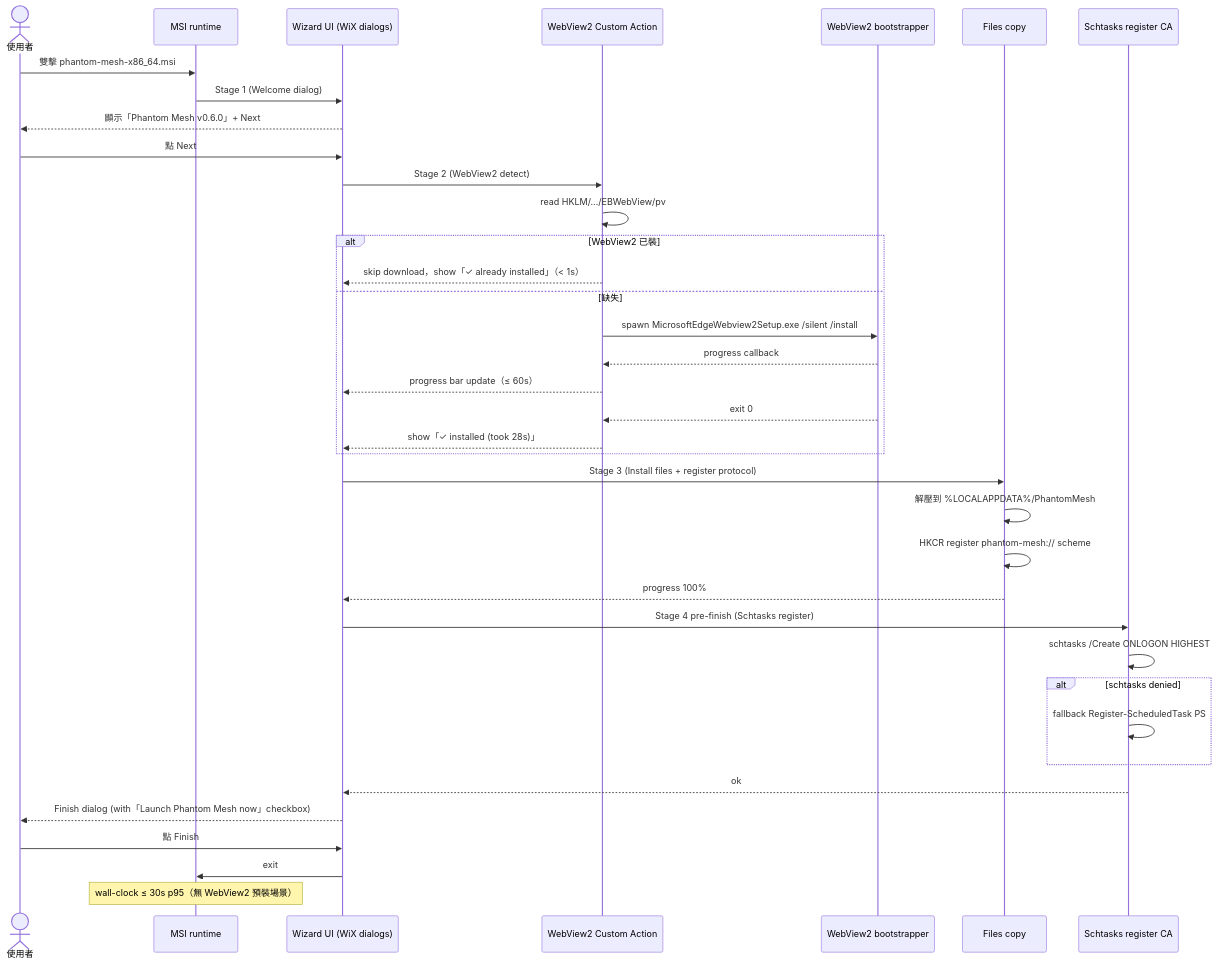
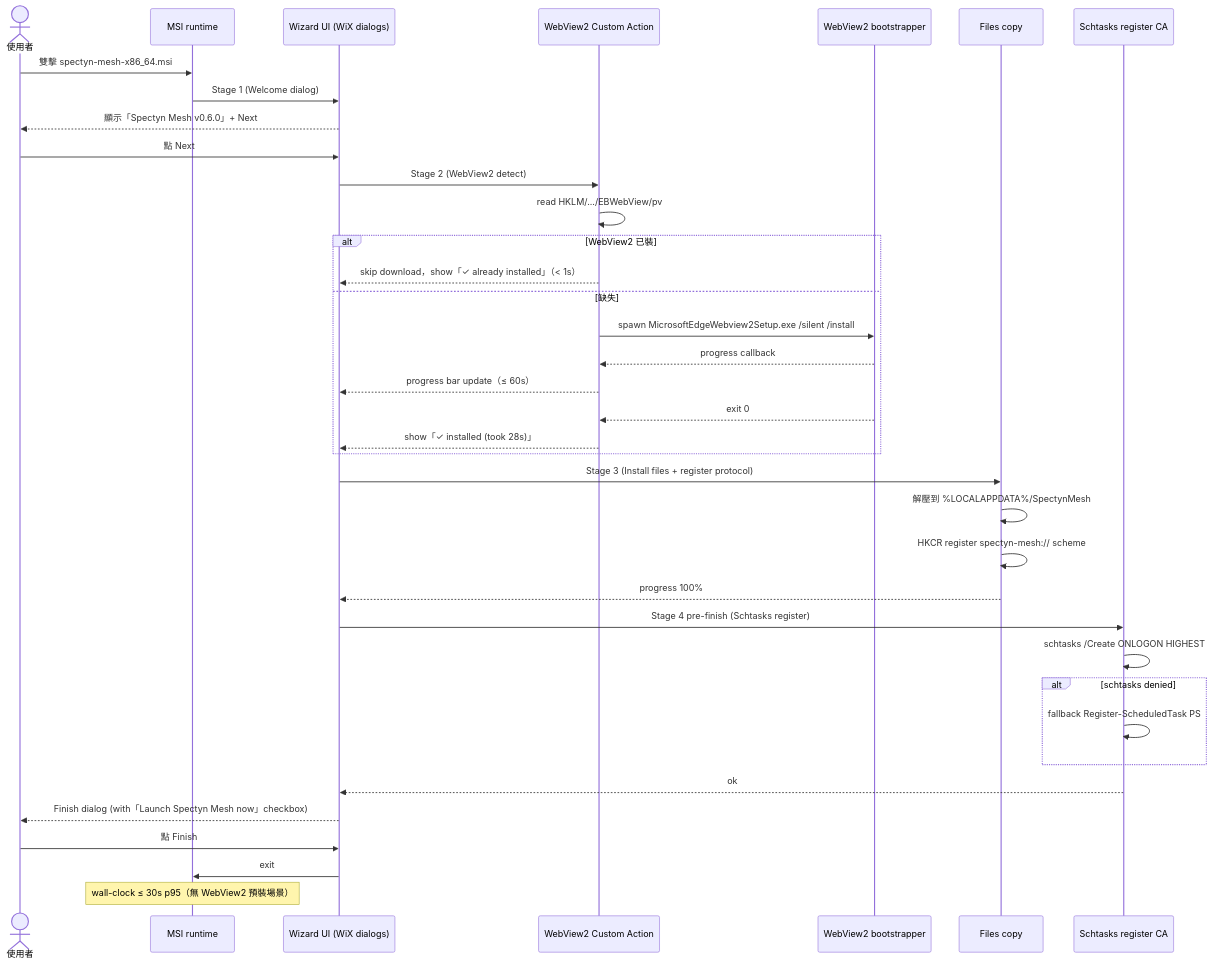
One commit to markl-a/phantom-mesh changed the fourth of 7 diagrams in docs/spec/history/2026-05-30/deferred/SPEC-43-PLATFORM-Windows-screens-flows.md. Above: the diagram before and after it, drawn with Mermaid. The commit also changed other lines of this file and 1245 other files, not shown here.

First line of the commit message:
rename: phantom -> spectyn across the public tree

````diff
--- a/docs/spec/history/2026-05-30/deferred/SPEC-43-PLATFORM-Windows-screens-flows.md
+++ b/docs/spec/history/2026-05-30/deferred/SPEC-43-PLATFORM-Windows-screens-flows.md
@@ -329,40 +329,40 @@
 ```mermaid
 sequenceDiagram
     actor User as 使用者
     participant MSI as MSI runtime
     participant Wiz as Wizard UI (WiX dialogs)
     participant WV2Check as WebView2 Custom Action
     participant WV2BS as WebView2 bootstrapper
     participant FilesCA as Files copy
     participant TaskCA as Schtasks register CA
 
-    User->>MSI: 雙擊 phantom-mesh-x86_64.msi
+    User->>MSI: 雙擊 spectyn-mesh-x86_64.msi
     MSI->>Wiz: Stage 1 (Welcome dialog)
-    Wiz-->>User: 顯示「Phantom Mesh v0.6.0」+ Next
+    Wiz-->>User: 顯示「Spectyn Mesh v0.6.0」+ Next
     User->>Wiz: 點 Next
     Wiz->>WV2Check: Stage 2 (WebView2 detect)
     WV2Check->>WV2Check: read HKLM/.../EBWebView/pv
     alt WebView2 已裝
         WV2Check-->>Wiz: skip download，show「✓ already installed」（< 1s）
     else 缺失
         WV2Check->>WV2BS: spawn MicrosoftEdgeWebview2Setup.exe /silent /install
         WV2BS-->>WV2Check: progress callback
         WV2Check-->>Wiz: progress bar update（≤ 60s）
         WV2BS-->>WV2Check: exit 0
         WV2Check-->>Wiz: show「✓ installed (took 28s)」
     end
     Wiz->>FilesCA: Stage 3 (Install files + register protocol)
-    FilesCA->>FilesCA: 解壓到 %LOCALAPPDATA%/PhantomMesh
-    FilesCA->>FilesCA: HKCR register phantom-mesh:// scheme
+    FilesCA->>FilesCA: 解壓到 %LOCALAPPDATA%/SpectynMesh
+    FilesCA->>FilesCA: HKCR register spectyn-mesh:// scheme
     FilesCA-->>Wiz: progress 100%
     Wiz->>TaskCA: Stage 4 pre-finish (Schtasks register)
     TaskCA->>TaskCA: schtasks /Create ONLOGON HIGHEST
     alt schtasks denied
         TaskCA->>TaskCA: fallback Register-ScheduledTask PS
     end
     TaskCA-->>Wiz: ok
-    Wiz-->>User: Finish dialog (with「Launch Phantom Mesh now」checkbox)
+    Wiz-->>User: Finish dialog (with「Launch Spectyn Mesh now」checkbox)
     User->>Wiz: 點 Finish
     Wiz->>MSI: exit
     Note over MSI: wall-clock ≤ 30s p95（無 WebView2 預裝場景）
 ```
````
